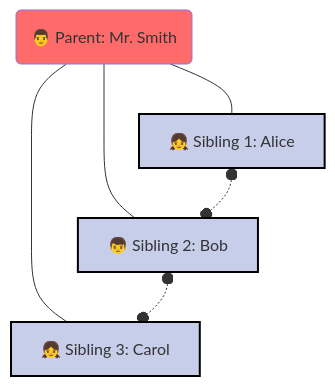
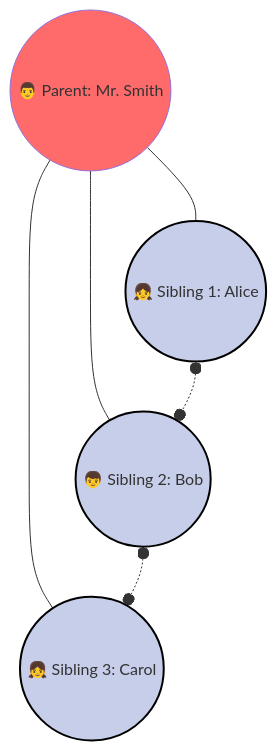
One commit to ARYAN-KUMAR-22/dsa changed the sixth of 23 diagrams in tree/01_tree_terminology.md. Above: the diagram before and after it, drawn with Mermaid. The commit also changed other lines of this file, not shown here.

Commit message:
Convert all node representations to circles in tree diagrams for consistent visualization

````diff
--- a/tree/01_tree_terminology.md
+++ b/tree/01_tree_terminology.md
@@ -182,19 +182,19 @@
 ```mermaid
 graph TD
-    P("👨 Parent: Mr. Smith")
-    S1["👧 Sibling 1: Alice"]
-    S2["👦 Sibling 2: Bob"]  
-    S3["👧 Sibling 3: Carol"]
+    P((👨 Parent: Mr. Smith))
+    S1((👧 Sibling 1: Alice))
+    S2((👦 Sibling 2: Bob))
+    S3((👧 Sibling 3: Carol))
     
     P --- S1
     P --- S2
     P --- S3
     
     S1 o-.-o S2
     S2 o-.-o S3
     
     style P fill:#ff6b6b
     style S1 fill:#c7ceea,stroke:#000,stroke-width:2px
     style S2 fill:#c7ceea,stroke:#000,stroke-width:2px
     style S3 fill:#c7ceea,stroke:#000,stroke-width:2px
 ```
````
